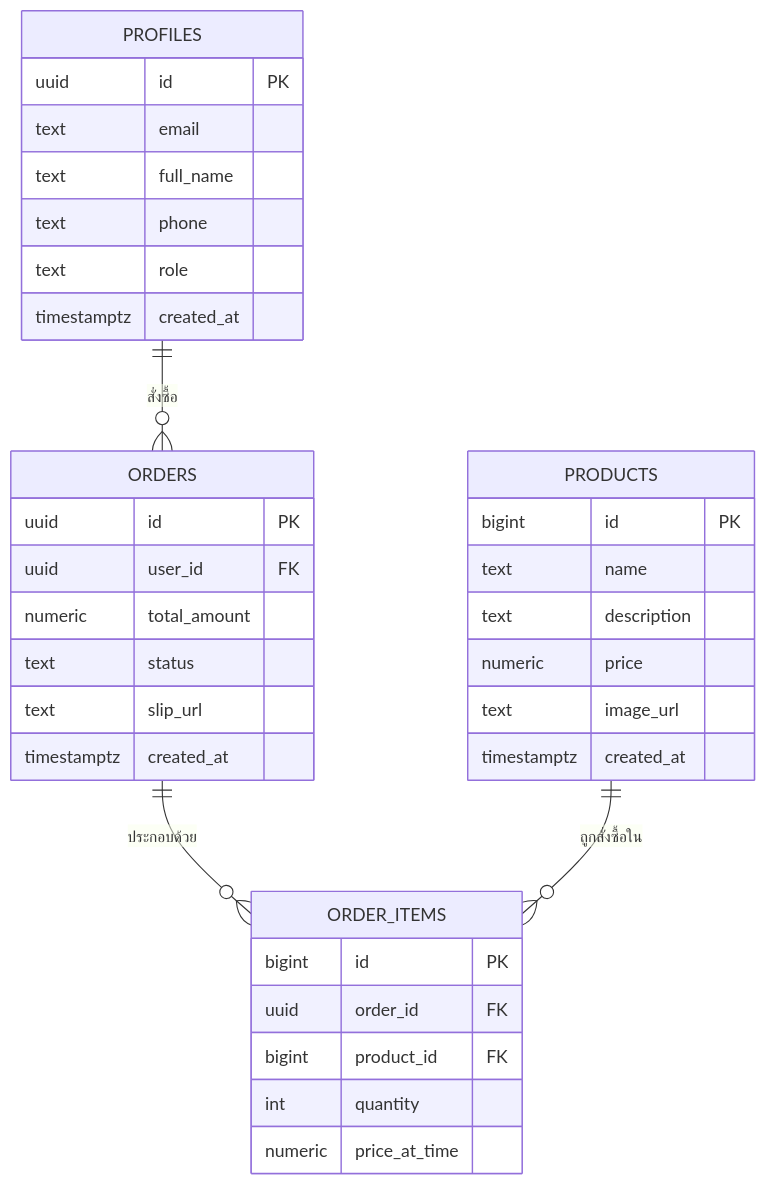
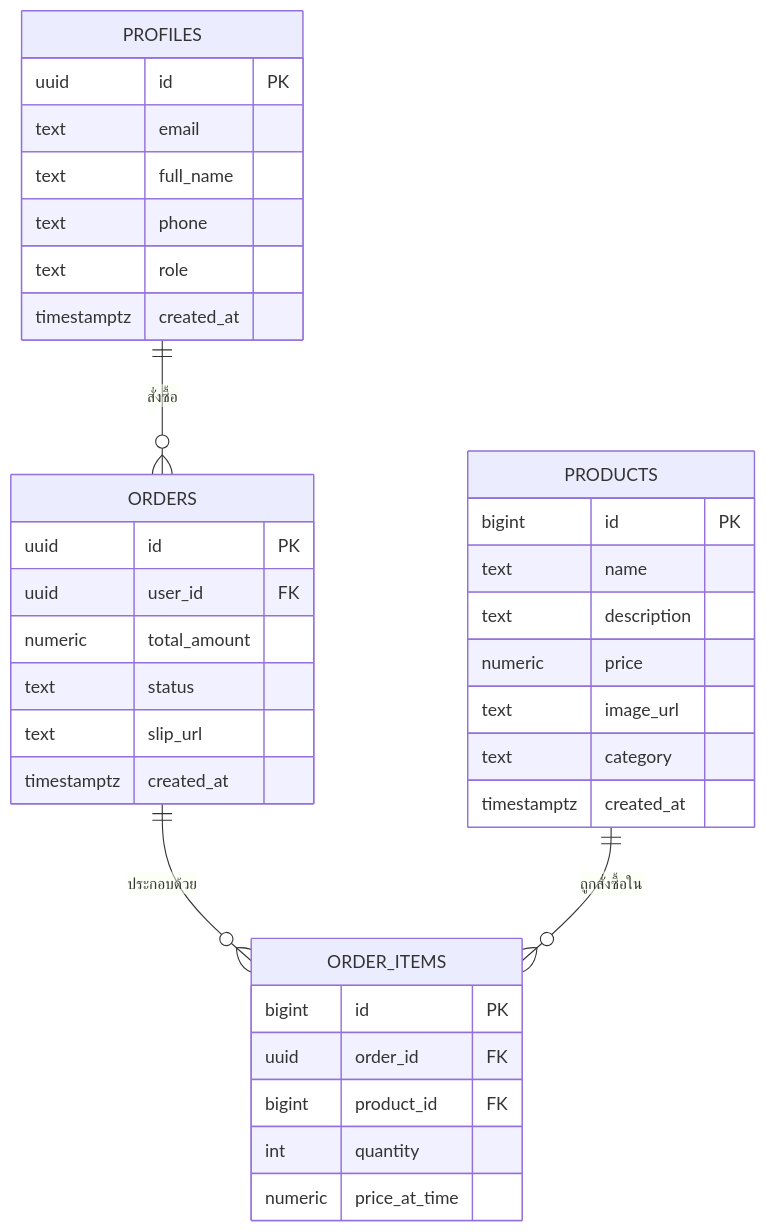
Before and after one commit to Kachanop/BM_com_v2: the diagram in docs/data-schema.md, drawn with Mermaid. The commit also changed other lines of this file and 4 other files, not shown here.

````diff
--- a/docs/data-schema.md
+++ b/docs/data-schema.md
@@ -7,41 +7,42 @@
 ```mermaid
 erDiagram
     PROFILES ||--o{ ORDERS : "สั่งซื้อ"
     ORDERS ||--o{ ORDER_ITEMS : "ประกอบด้วย"
     PRODUCTS ||--o{ ORDER_ITEMS : "ถูกสั่งซื้อใน"
 
     PROFILES {
         uuid id PK
         text email
         text full_name
         text phone
         text role
         timestamptz created_at
     }
 
     PRODUCTS {
         bigint id PK
         text name
         text description
         numeric price
         text image_url
+        text category
         timestamptz created_at
     }
 
     ORDERS {
         uuid id PK
         uuid user_id FK
         numeric total_amount
         text status
         text slip_url
         timestamptz created_at
     }
 
     ORDER_ITEMS {
         bigint id PK
         uuid order_id FK
         bigint product_id FK
         int quantity
         numeric price_at_time
     }
 ```
````
